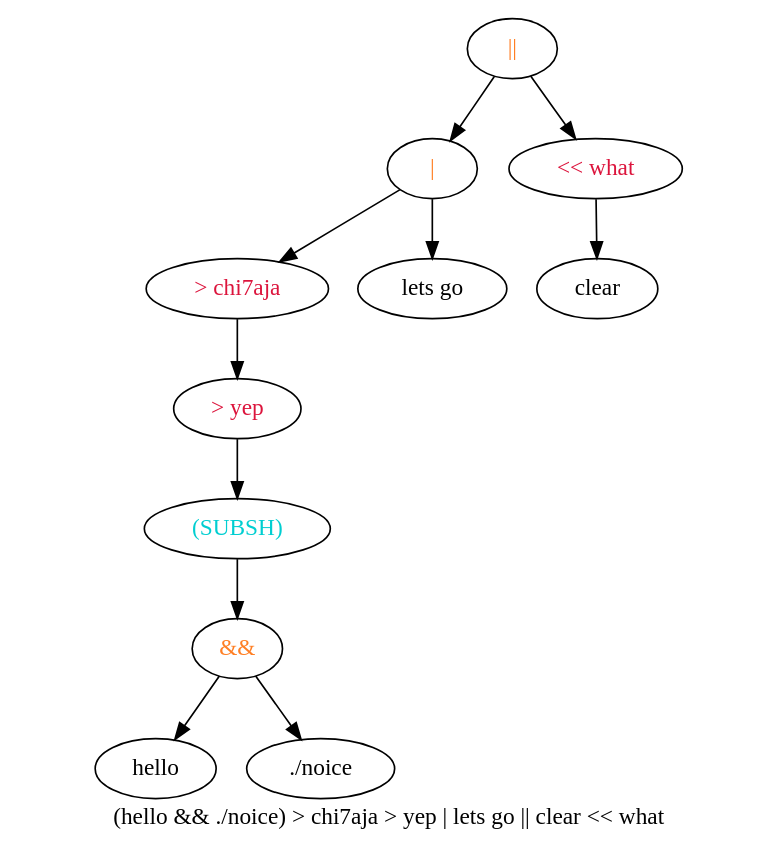
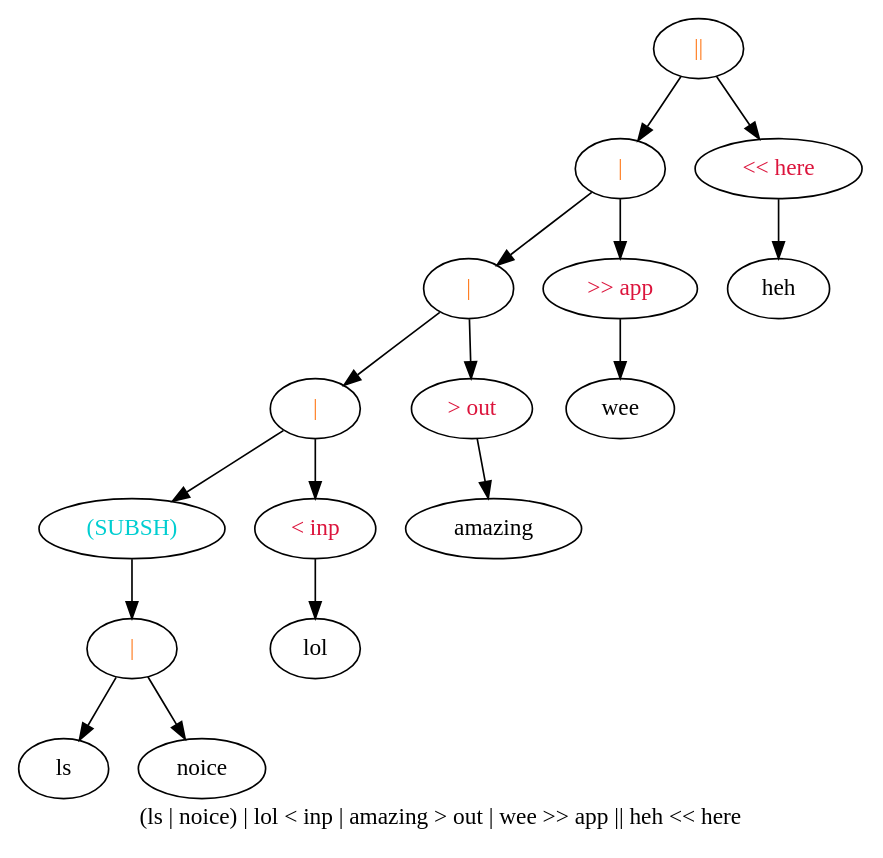
The diagram in tree.dot (YeGoRenji/minishell-1337), drawn with Graphviz before and after one commit. The commit also changed 2 other files, not shown here.

```diff
--- a/tree.dot
+++ b/tree.dot
@@ -1,24 +1,34 @@
 digraph yep {
-	label="(hello && ./noice) > chi7aja > yep | lets go || clear << what"
+	label="(ls | noice) | lol < inp | amazing > out | wee >> app || heh << here"
 	n0[fontcolor=chocolate1 label="||"];
 	n0 -> n1;
 	n0 -> n2;
 	n1[fontcolor=chocolate1 label="|"];
 	n1 -> n3;
 	n1 -> n4;
-	n3[fontcolor=crimson label="> chi7aja"];
+	n3[fontcolor=chocolate1 label="|"];
 	n3 -> n7;
-	n7[fontcolor=crimson label="> yep"];
+	n3 -> n8;
+	n7[fontcolor=chocolate1 label="|"];
 	n7 -> n15;
+	n7 -> n16;
 	n15[fontcolor=darkturquoise label="(SUBSH) "];
 	n15 -> n31;
-	n31[fontcolor=chocolate1 label="&&"];
+	n31[fontcolor=chocolate1 label="|"];
 	n31 -> n63;
 	n31 -> n64;
-	n63[label="hello "];
-	n64[label="./noice "];
-	n4[label="lets go "];
-	n2[fontcolor=crimson label="<< what"];
+	n63[label="ls "];
+	n64[label="noice "];
+	n16[fontcolor=crimson label="< inp"];
+	n16 -> n33;
+	n33[label="lol "];
+	n8[fontcolor=crimson label="> out"];
+	n8 -> n17;
+	n17[label="amazing "];
+	n4[fontcolor=crimson label=">> app"];
+	n4 -> n9;
+	n9[label="wee "];
+	n2[fontcolor=crimson label="<< here"];
 	n2 -> n5;
-	n5[label="clear "];
+	n5[label="heh "];
 }
```
